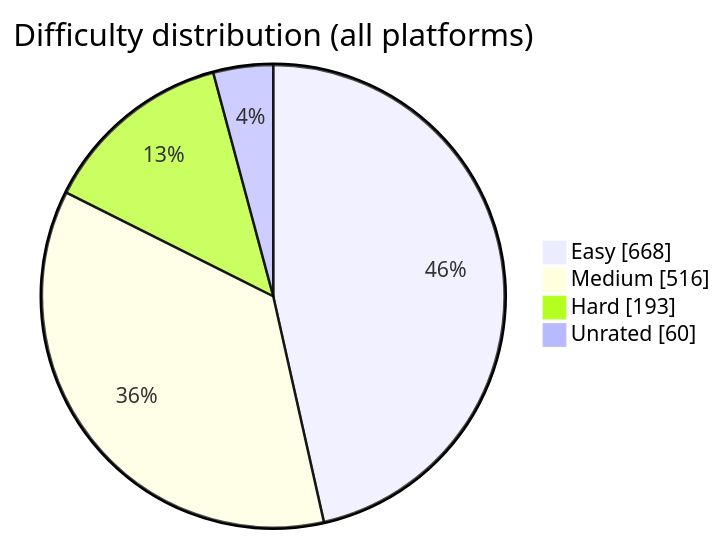
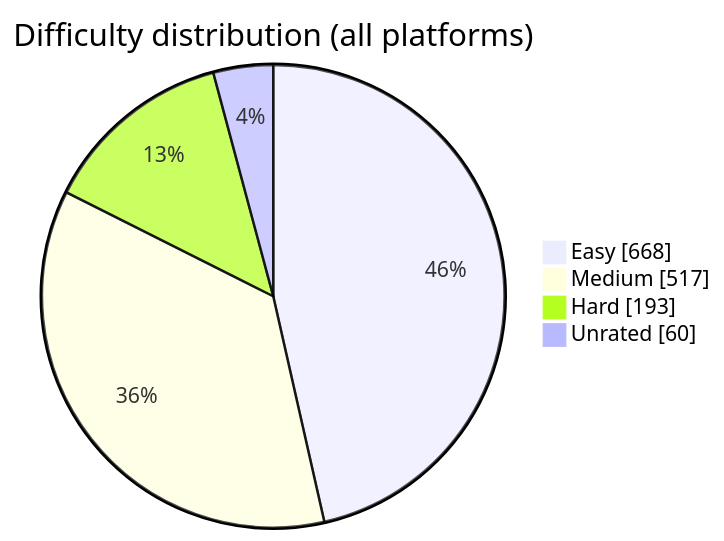
One commit to BuildbyArindam/Daily-Coding-Log changed the diagram in README.md. Above: the diagram before and after it, drawn with Mermaid. The commit also changed other lines of this file, not shown here.

````diff
--- a/README.md
+++ b/README.md
@@ -93,7 +93,7 @@
 ```mermaid
 pie showData title Difficulty distribution (all platforms)
     "Easy" : 668
-    "Medium" : 516
+    "Medium" : 517
     "Hard" : 193
     "Unrated" : 60
 ```
````
